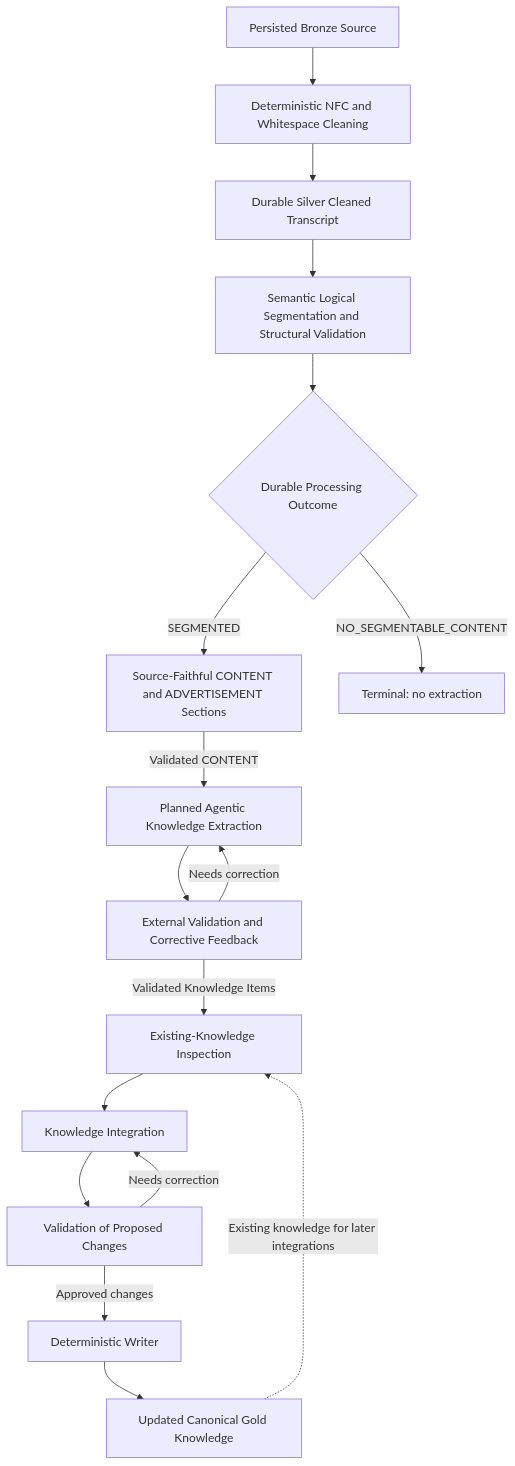
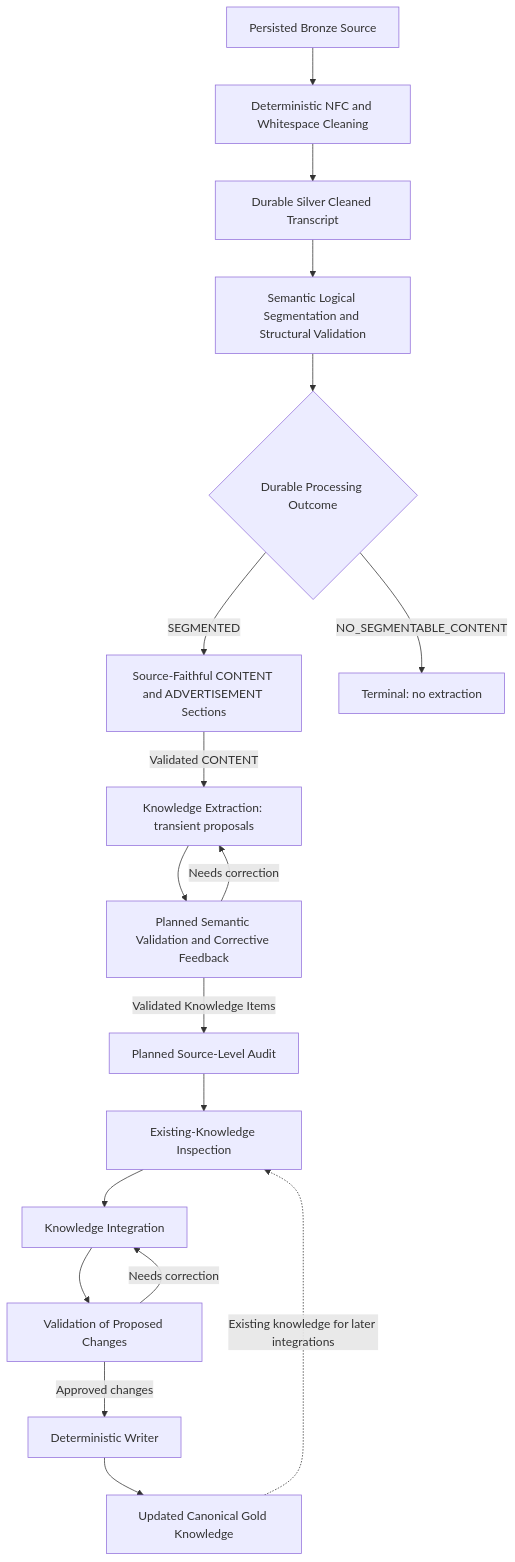
One commit to alexander-rewitzer/league-knowledge-platform changed the second of 4 diagrams in docs/architecture.md. Above: the diagram before and after it, drawn with Mermaid. The commit also changed other lines of this file and 15 other files, not shown here.

Commit message:
Add transient knowledge extraction from content sections

````diff
--- a/docs/architecture.md
+++ b/docs/architecture.md
@@ -72,19 +74,20 @@
 ```mermaid
 flowchart TD
     S["Persisted Bronze Source"] --> B["Deterministic NFC and Whitespace Cleaning"]
     B --> SC["Durable Silver Cleaned Transcript"]
     SC --> LS["Semantic Logical Segmentation and Structural Validation"]
     LS --> SR{"Durable Processing Outcome"}
     SR -- SEGMENTED --> SS["Source-Faithful CONTENT and ADVERTISEMENT Sections"]
     SR -- NO_SEGMENTABLE_CONTENT --> NS["Terminal: no extraction"]
-    SS -- "Validated CONTENT" --> E["Planned Agentic Knowledge Extraction"]
-    E --> V["External Validation and Corrective Feedback"]
+    SS -- "Validated CONTENT" --> E["Knowledge Extraction: transient proposals"]
+    E --> V["Planned Semantic Validation and Corrective Feedback"]
     V -- "Needs correction" --> E
-    V -- "Validated Knowledge Items" --> K["Existing-Knowledge Inspection"]
+    V -- "Validated Knowledge Items" --> AU["Planned Source-Level Audit"]
+    AU --> K["Existing-Knowledge Inspection"]
     K --> I["Knowledge Integration"]
     I --> A["Validation of Proposed Changes"]
     A -- "Needs correction" --> I
     A -- "Approved changes" --> W["Deterministic Writer"]
     W --> G["Updated Canonical Gold Knowledge"]
     G -. "Existing knowledge for later integrations" .-> K
 ```
````
